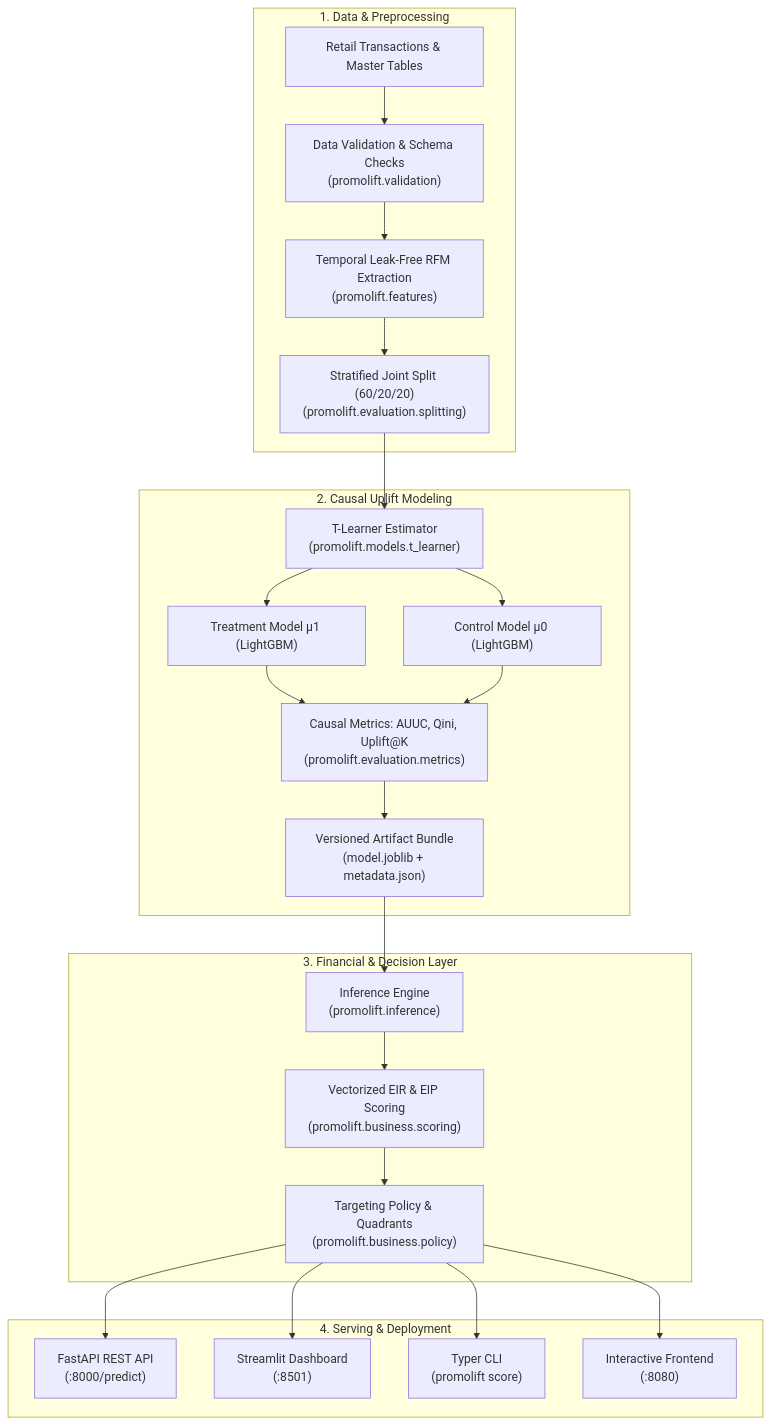
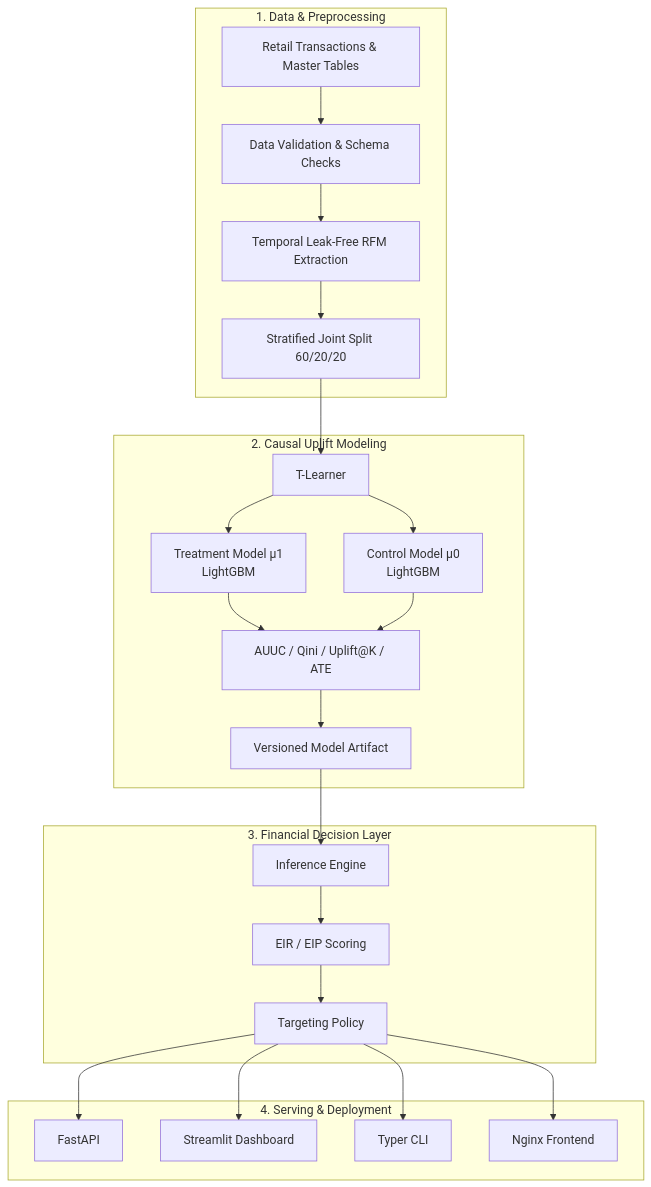
Before and after one commit to MTPeraya/promolift-model: the diagram in README.md, drawn with Mermaid. The commit also changed other lines of this file, not shown here.

Commit message:
docs: overhaul README with updated project scope, technical details, and synthetic data disclaimer

````diff
--- a/README.md
+++ b/README.md
@@ -56,29 +150,31 @@
 ```mermaid
 flowchart TD
+
     subgraph Data["1. Data & Preprocessing"]
-        A["Retail Transactions & Master Tables"] --> B["Data Validation & Schema Checks\n(promolift.validation)"]
-        B --> C["Temporal Leak-Free RFM Extraction\n(promolift.features)"]
-        C --> D["Stratified Joint Split (60/20/20)\n(promolift.evaluation.splitting)"]
+        A["Retail Transactions & Master Tables"]
+        --> B["Data Validation & Schema Checks"]
+        --> C["Temporal Leak-Free RFM Extraction"]
+        --> D["Stratified Joint Split 60/20/20"]
     end
 
     subgraph Modeling["2. Causal Uplift Modeling"]
-        D --> E["T-Learner Estimator\n(promolift.models.t_learner)"]
-        E --> F["Treatment Model μ1 (LightGBM)"]
-        E --> G["Control Model μ0 (LightGBM)"]
-        F & G --> H["Causal Metrics: AUUC, Qini, Uplift@K\n(promolift.evaluation.metrics)"]
-        H --> I["Versioned Artifact Bundle\n(model.joblib + metadata.json)"]
+        D --> E["T-Learner"]
+        E --> F["Treatment Model μ1<br/>LightGBM"]
+        E --> G["Control Model μ0<br/>LightGBM"]
+        F & G --> H["AUUC / Qini / Uplift@K / ATE"]
+        H --> I["Versioned Model Artifact"]
     end
 
-    subgraph Decisioning["3. Financial & Decision Layer"]
-        I --> J["Inference Engine\n(promolift.inference)"]
-        J --> K["Vectorized EIR & EIP Scoring\n(promolift.business.scoring)"]
-        K --> L["Targeting Policy & Quadrants\n(promolift.business.policy)"]
+    subgraph Decisioning["3. Financial Decision Layer"]
+        I --> J["Inference Engine"]
+        J --> K["EIR / EIP Scoring"]
+        K --> L["Targeting Policy"]
     end
 
     subgraph Serving["4. Serving & Deployment"]
-        L --> M["FastAPI REST API\n(:8000/predict)"]
-        L --> N["Streamlit Dashboard\n(:8501)"]
-        L --> O["Typer CLI\n(promolift score)"]
-        L --> P["Interactive Frontend\n(:8080)"]
+        L --> M["FastAPI"]
+        L --> N["Streamlit Dashboard"]
+        L --> O["Typer CLI"]
+        L --> P["Nginx Frontend"]
     end
 ```
````
